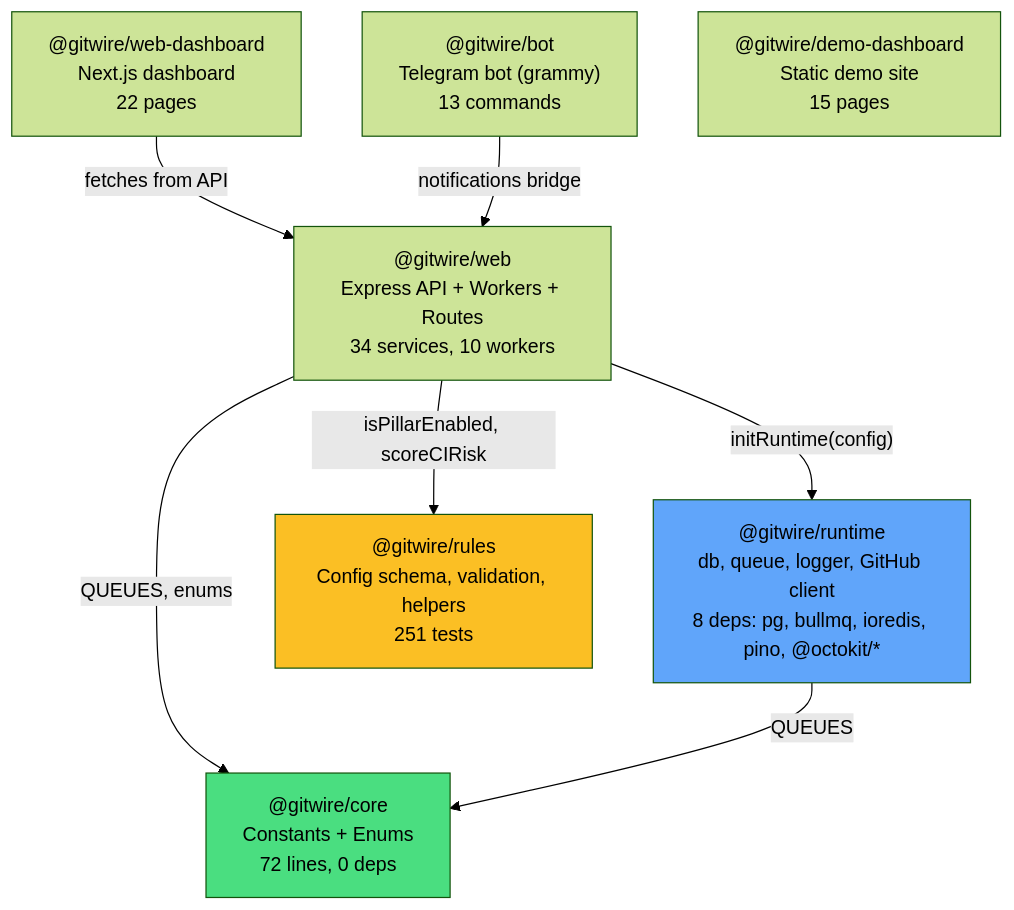
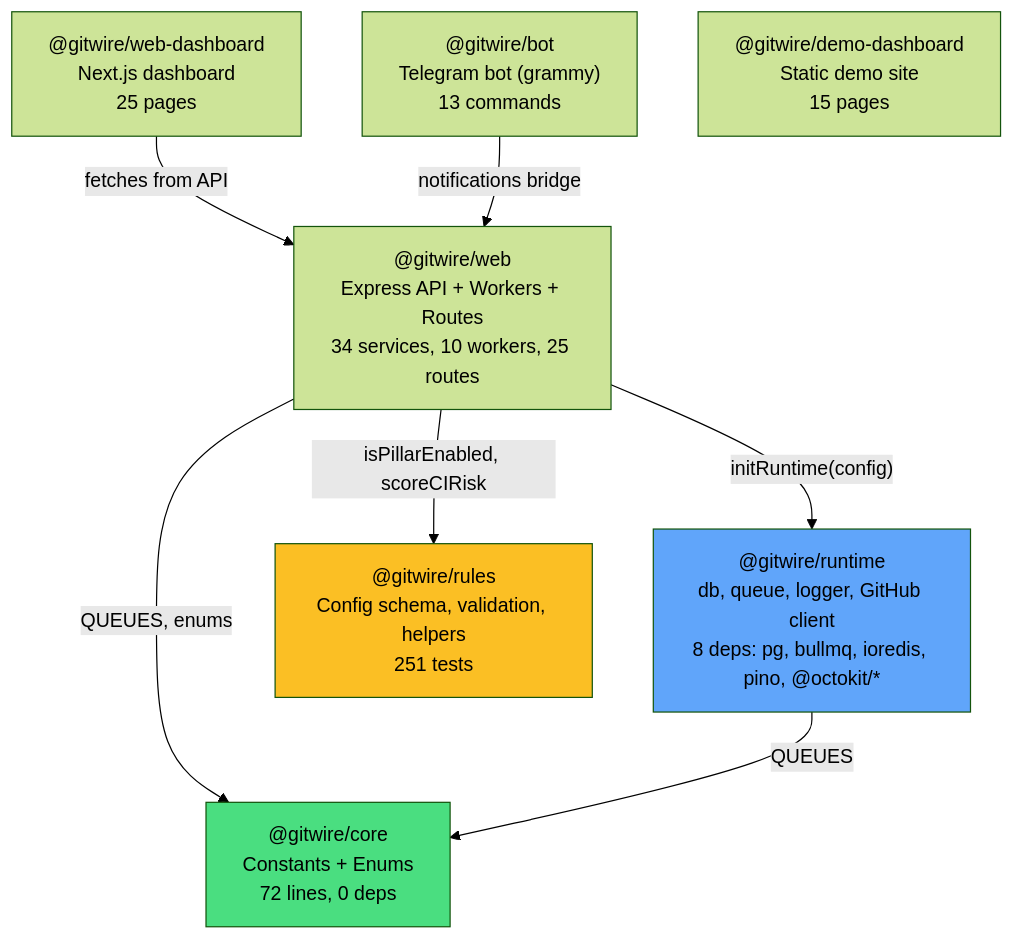
Before and after one commit to Octo-Lex/GitWire: the diagram in docs/architecture/package-dependencies.md, drawn with Mermaid (forest theme). The commit also changed other lines of this file and 9 other files, not shown here.

````diff
--- a/docs/architecture/package-dependencies.md
+++ b/docs/architecture/package-dependencies.md
@@ -5,21 +5,21 @@
 ```mermaid
 graph TD
     core["@gitwire/core<br/>Constants + Enums<br/>72 lines, 0 deps"]
     runtime["@gitwire/runtime<br/>db, queue, logger, GitHub client<br/>8 deps: pg, bullmq, ioredis, pino, @octokit/*"]
     rules["@gitwire/rules<br/>Config schema, validation, helpers<br/>251 tests"]
-    web["@gitwire/web<br/>Express API + Workers + Routes<br/>34 services, 10 workers"]
-    dashboard["@gitwire/web-dashboard<br/>Next.js dashboard<br/>22 pages"]
+    web["@gitwire/web<br/>Express API + Workers + Routes<br/>34 services, 10 workers, 25 routes"]
+    dashboard["@gitwire/web-dashboard<br/>Next.js dashboard<br/>25 pages"]
     bot["@gitwire/bot<br/>Telegram bot (grammy)<br/>13 commands"]
     demo["@gitwire/demo-dashboard<br/>Static demo site<br/>15 pages"]
 
     web -->|"QUEUES, enums"| core
     web -->|"initRuntime(config)"| runtime
     web -->|"isPillarEnabled, scoreCIRisk"| rules
     runtime -->|"QUEUES"| core
     dashboard -->|"fetches from API"| web
     bot -->|"notifications bridge"| web
 
     style core fill:#4ade80,color:#000
     style runtime fill:#60a5fa,color:#000
     style rules fill:#fbbf24,color:#000
 ```
````
